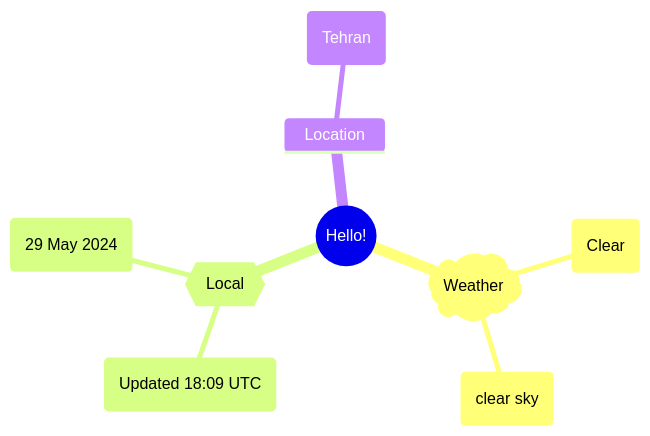
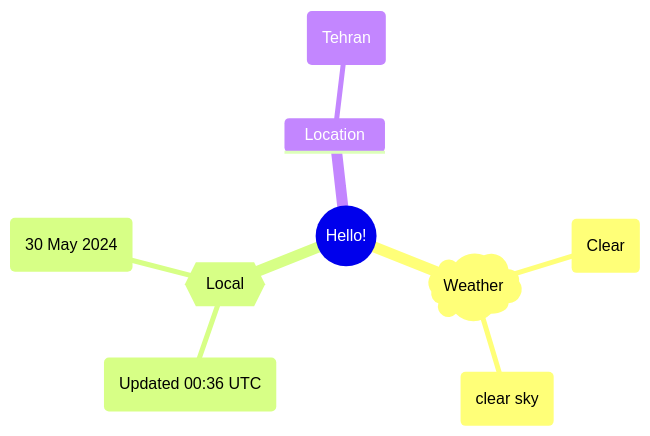
Before and after one commit to Xosrov/Xosrov: the first of 2 diagrams in README.md, drawn with Mermaid.

Commit message:
[bot] updated images

````diff
--- a/README.md
+++ b/README.md
@@ -3,12 +3,12 @@
 ```mermaid
 mindmap
   root((Hello!))
     )Weather(
         (Clear)
         (clear sky)
     {{Local}}
-        (Updated 18:09 UTC)
-        (29 May 2024)
+        (Updated 00:36 UTC)
+        (30 May 2024)
     Location
         (Tehran)
 ```
````
